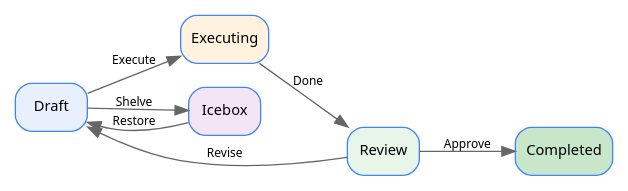
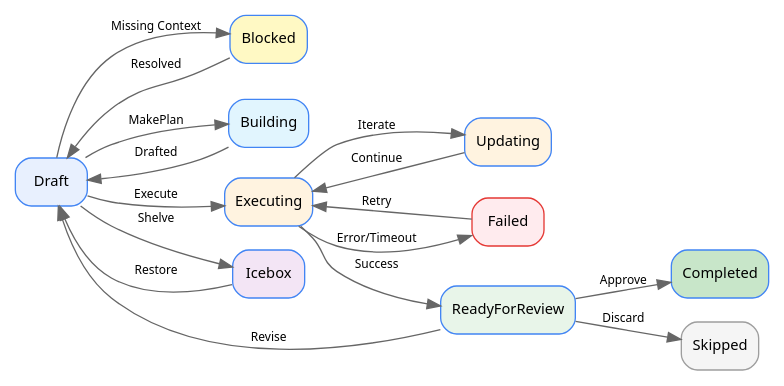
One commit to Klako/Ivy-Framework changed the diagram in src/tendril/Ivy.Tendril.Docs/Docs/02_Concepts/01_Plans.md. Above: the diagram before and after it, drawn with Graphviz. The commit also changed other lines of this file and 18 other files, not shown here.

````diff
--- a/src/tendril/Ivy.Tendril.Docs/Docs/02_Concepts/01_Plans.md
+++ b/src/tendril/Ivy.Tendril.Docs/Docs/02_Concepts/01_Plans.md
@@ -23,20 +23,36 @@
 ```dot
 digraph PlanLifecycle {
     rankdir=LR
     node [shape=box, style="rounded,filled", fontname="Segoe UI", fontsize=11, fillcolor="#E8F0FE", color="#4285F4"]
     edge [fontname="Segoe UI", fontsize=9, color="#666666"]
 
     Draft [fillcolor="#E8F0FE"]
+    Blocked [fillcolor="#FFF9C4"]
+    Building [fillcolor="#E1F5FE"]
     Executing [fillcolor="#FFF3E0"]
-    Review [fillcolor="#E8F5E9"]
+    Updating [fillcolor="#FFF3E0"]
+    ReadyForReview [fillcolor="#E8F5E9"]
+    Failed [fillcolor="#FFEBEE", color="#E53935"]
     Completed [fillcolor="#C8E6C9"]
     Icebox [fillcolor="#F3E5F5"]
+    Skipped [fillcolor="#F5F5F5", color="#9E9E9E"]
 
+    Draft -> Building [label="MakePlan"]
     Draft -> Executing [label="Execute"]
-    Executing -> Review [label="Done"]
-    Review -> Completed [label="Approve"]
-    Review -> Draft [label="Revise"]
+    Draft -> Blocked [label="Missing Context"]
+    Blocked -> Draft [label="Resolved"]
+    Building -> Draft [label="Drafted"]
     Draft -> Icebox [label="Shelve"]
     Icebox -> Draft [label="Restore"]
+
+    Executing -> Updating [label="Iterate"]
+    Updating -> Executing [label="Continue"]
+    Executing -> ReadyForReview [label="Success"]
+    Executing -> Failed [label="Error/Timeout"]
+    Failed -> Executing [label="Retry"]
+
+    ReadyForReview -> Completed [label="Approve"]
+    ReadyForReview -> Draft [label="Revise"]
+    ReadyForReview -> Skipped [label="Discard"]
 }
 ```
````
